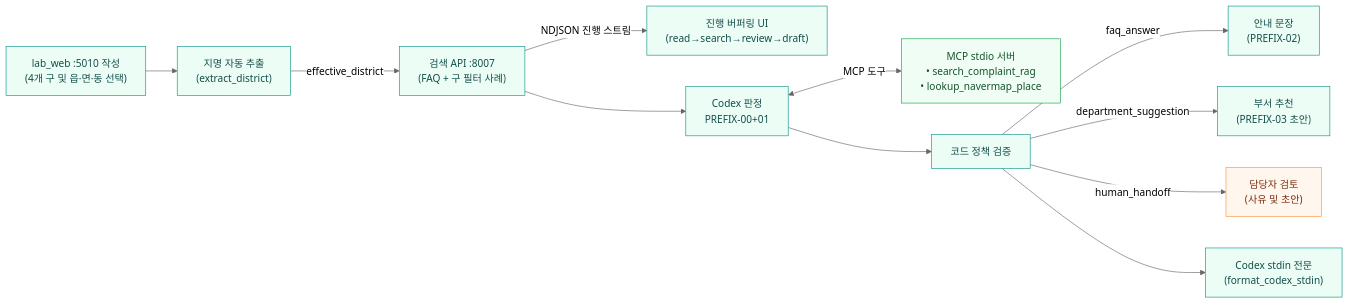
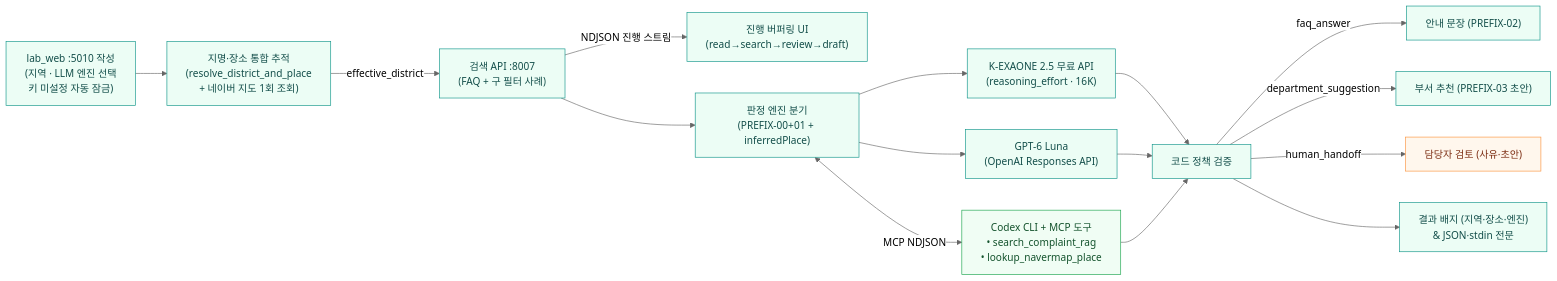
The first of 4 diagrams in README.md (hy040504/ai-complaint-process), drawn with Mermaid (neutral theme) before and after one commit. The commit also changed other lines of this file and 27 other files, not shown here.

````diff
--- a/README.md
+++ b/README.md
@@ -99,19 +104,23 @@
 ```mermaid
 flowchart LR
-    W["lab_web :5010 작성<br/>(4개 구 및 읍·면·동 선택)"] --> D["지명 자동 추출<br/>(extract_district)"]
+    W["lab_web :5010 작성<br/>(지역 · LLM 엔진 선택<br/>키 미설정 자동 잠금)"] --> D["지명·장소 통합 추적<br/>(resolve_district_and_place<br/>+ 네이버 지도 1회 조회)"]
     D -->|"effective_district"| S["검색 API :8007<br/>(FAQ + 구 필터 사례)"]
     S -->|"NDJSON 진행 스트림"| P["진행 버퍼링 UI<br/>(read→search→review→draft)"]
-    S --> C["Codex 판정<br/>PREFIX-00+01"]
-    C <-->|"MCP 도구"| M["MCP stdio 서버<br/>• search_complaint_rag<br/>• lookup_navermap_place"]
-    C --> V["코드 정책 검증"]
-    V -->|faq_answer| F["안내 문장<br/>(PREFIX-02)"]
-    V -->|department_suggestion| B["부서 추천<br/>(PREFIX-03 초안)"]
-    V -->|human_handoff| H["담당자 검토<br/>(사유 및 초안)"]
-    V --> O["Codex stdin 전문<br/>(format_codex_stdin)"]
+    S --> C["판정 엔진 분기<br/>(PREFIX-00+01 + inferredPlace)"]
+    C --> E1["K-EXAONE 2.5 무료 API<br/>(reasoning_effort · 16K)"]
+    C --> E2["GPT-6 Luna<br/>(OpenAI Responses API)"]
+    C <-->|"MCP NDJSON"| M["Codex CLI + MCP 도구<br/>• search_complaint_rag<br/>• lookup_navermap_place"]
+    E1 --> V["코드 정책 검증"]
+    E2 --> V
+    M --> V
+    V -->|faq_answer| F["안내 문장 (PREFIX-02)"]
+    V -->|department_suggestion| B["부서 추천 (PREFIX-03 초안)"]
+    V -->|human_handoff| H["담당자 검토 (사유·초안)"]
+    V --> O["결과 배지 (지역·장소·엔진)<br/>& JSON·stdin 전문"]
     classDef ready fill:#ecfdf5,stroke:#0d9488,color:#134e4a
     classDef human fill:#fff7ed,stroke:#fb923c,color:#7c2d12
     classDef tool fill:#f0fdf4,stroke:#16a34a,color:#14532d
-    class W,D,S,P,C,V,F,B,O ready
+    class W,D,S,P,C,E1,E2,V,F,B,O ready
     class H human
     class M tool
 ```
````
